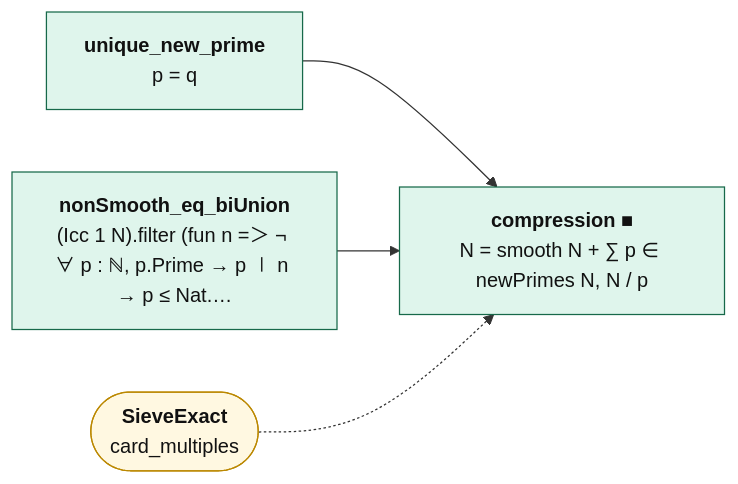
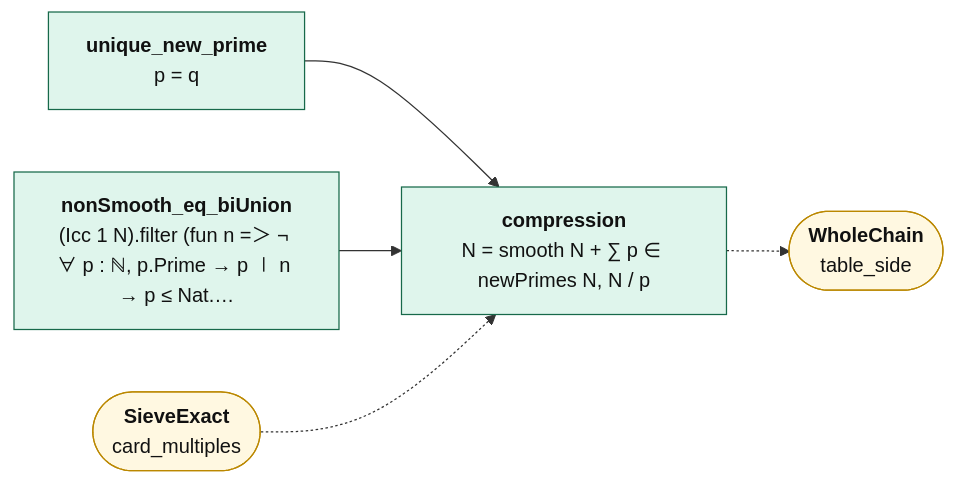
Before and after one commit to juliansambranojr/Primebeat_081426: the diagram in map/lean_stage3/Compression.md, drawn with Mermaid. The commit also changed other lines of this file and 57 other files, not shown here.

````diff
--- a/map/lean_stage3/Compression.md
+++ b/map/lean_stage3/Compression.md
@@ -14,18 +14,20 @@
 ```mermaid
 flowchart LR
   n0["<b>unique_new_prime</b><br/>p = q"]:::cnt
   n1["<b>nonSmooth_eq_biUnion</b><br/>(Icc 1 N).filter (fun n =＞ ¬ ∀ p : ℕ, p.Prime → p ∣ n → p ≤ Nat.…"]:::cnt
-  n2["<b>compression ■</b><br/>N = smooth N + ∑ p ∈ newPrimes N, N / p"]:::cnt
+  n2["<b>compression</b><br/>N = smooth N + ∑ p ∈ newPrimes N, N / p"]:::cnt
   x0(["<b>SieveExact</b><br/>card_multiples"]):::ext
+  x1(["<b>WholeChain</b><br/>table_side"]):::ext
   n0 --> n2
   n1 --> n2
+  n2 -.-> x1
   x0 -.-> n2
   classDef cnt fill:#dff5ec,stroke:#17694a,color:#111
   classDef shp fill:#f1ecfb,stroke:#5b3fa0,color:#111
   classDef rh fill:#ffe5e5,stroke:#c22,color:#111,stroke-width:2px
   classDef thm fill:#eef4ff,stroke:#335,color:#111
   classDef end_ fill:#e7f7e7,stroke:#2a7,color:#111,stroke-width:2px
   classDef lone fill:#fff,stroke:#999,color:#111,stroke-dasharray:4 3
   classDef bad fill:#ffe5e5,stroke:#c22,color:#111,stroke-width:2px
   classDef ext fill:#fff8e1,stroke:#b80,color:#111
 ```
````
